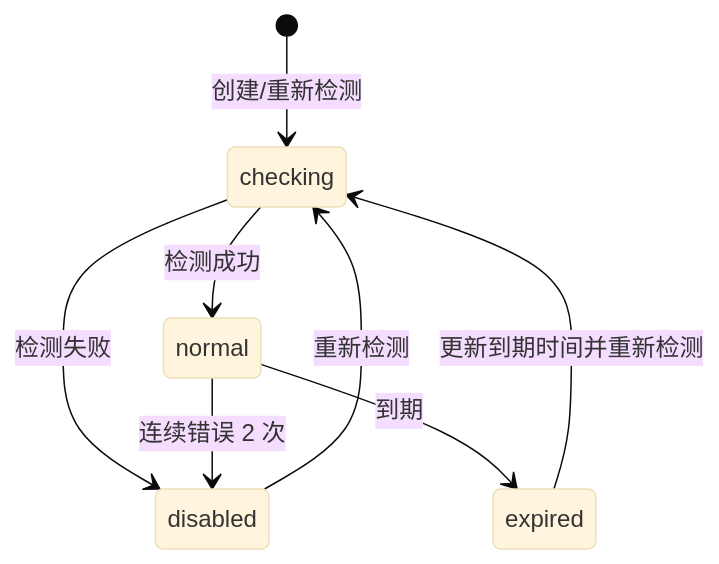
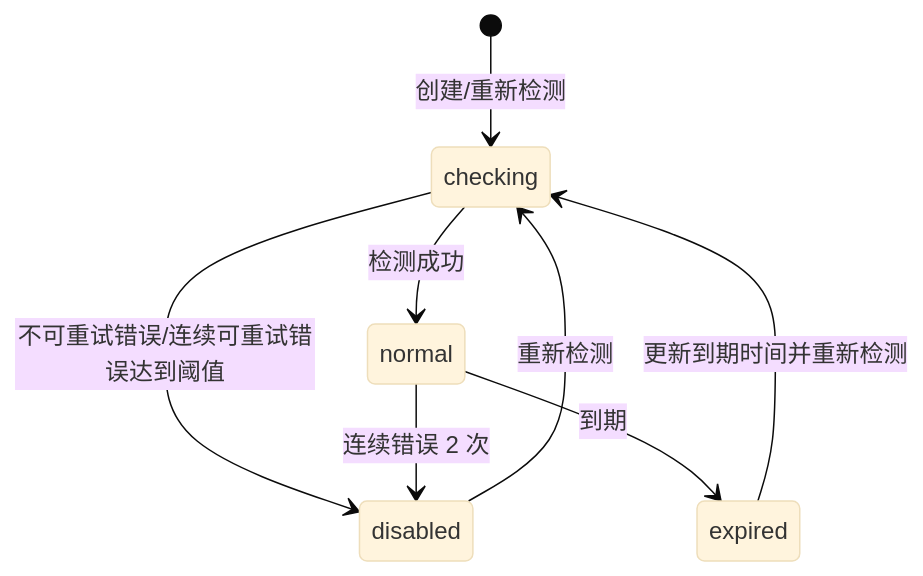
Before and after one commit to donnel666/remail: the diagram in docs/15-proxy-pool.md, drawn with Mermaid (base theme). The commit also changed other lines of this file and 33 other files, not shown here.

````diff
--- a/docs/15-proxy-pool.md
+++ b/docs/15-proxy-pool.md
@@ -61,10 +84,10 @@
 ```mermaid
 stateDiagram-v2
     [*] --> checking: 创建/重新检测
     checking --> normal: 检测成功
-    checking --> disabled: 检测失败
+    checking --> disabled: 不可重试错误/连续可重试错误达到阈值
     normal --> disabled: 连续错误 2 次
     normal --> expired: 到期
     disabled --> checking: 重新检测
     expired --> checking: 更新到期时间并重新检测
 ```
````
